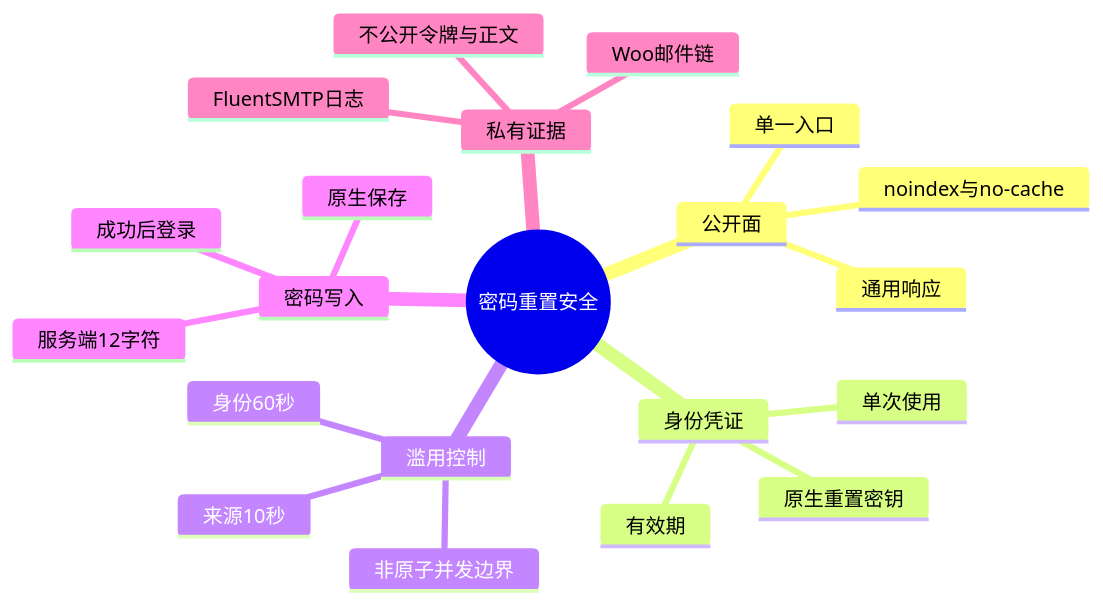
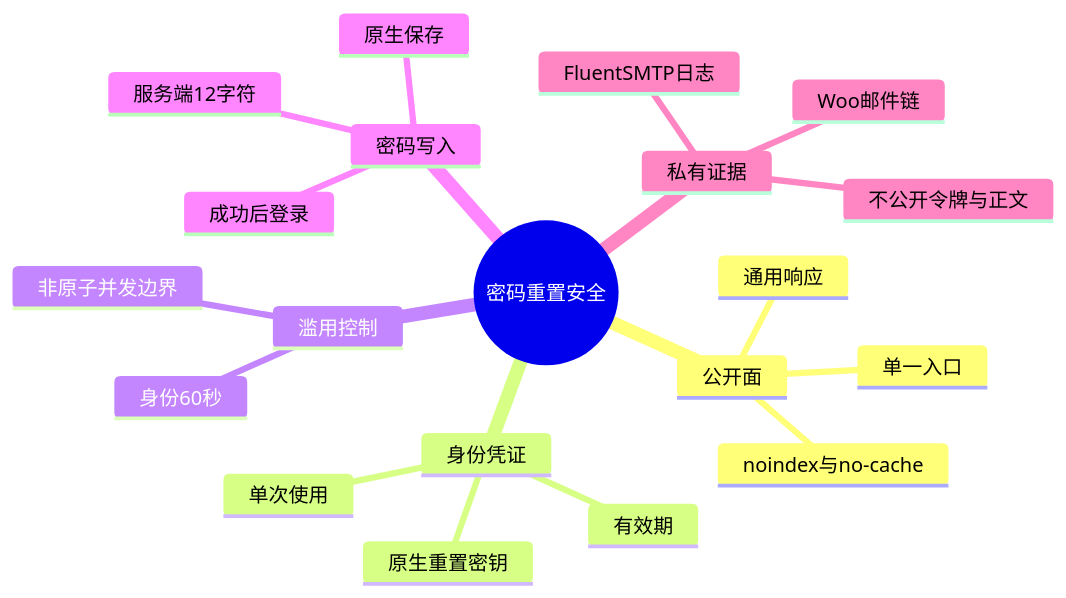
One commit to nicewangli/dentall changed the first of 2 diagrams in project-docs/笔记/WordPress实战笔记/Day80-WooCommerce密码重置与防枚举.md. Above: the diagram before and after it, drawn with Mermaid. The commit also changed other lines of this file and 8 other files, not shown here.

````diff
--- a/project-docs/笔记/WordPress实战笔记/Day80-WooCommerce密码重置与防枚举.md
+++ b/project-docs/笔记/WordPress实战笔记/Day80-WooCommerce密码重置与防枚举.md
@@ -66,24 +66,23 @@
 ```mermaid
 mindmap
   root((密码重置安全))
     公开面
       单一入口
       通用响应
       noindex与no-cache
     身份凭证
       原生重置密钥
       有效期
       单次使用
     滥用控制
       身份60秒
-      来源10秒
       非原子并发边界
     密码写入
       服务端12字符
       原生保存
       成功后登录
     私有证据
       Woo邮件链
       FluentSMTP日志
       不公开令牌与正文
 ```
````
